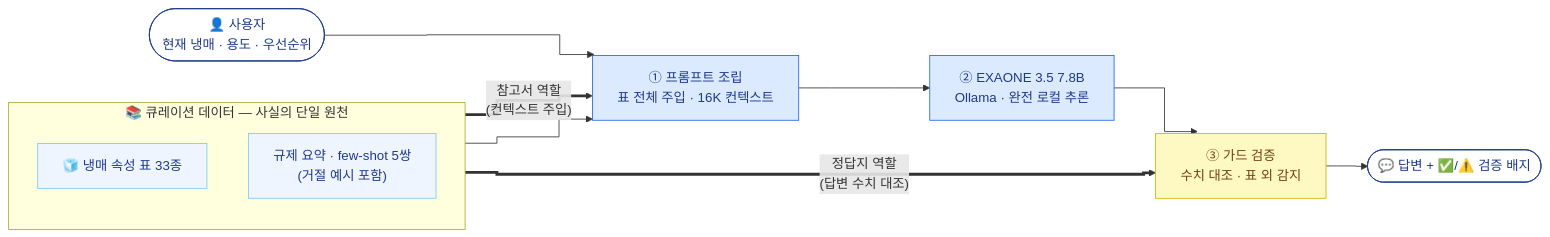
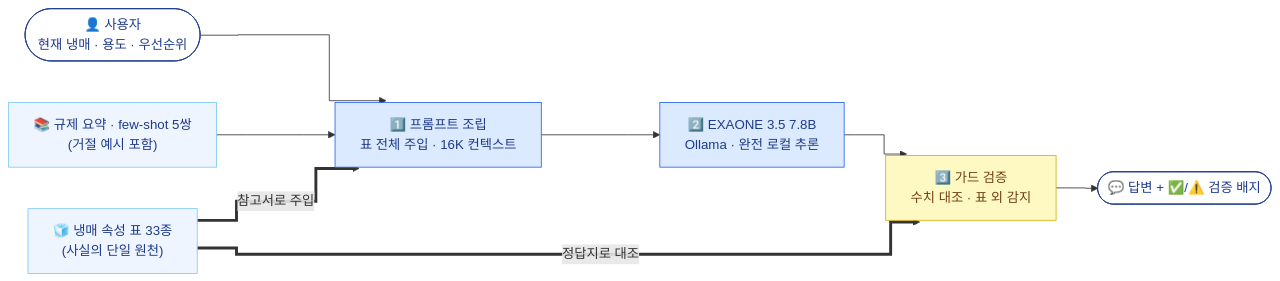
One commit to YeonSooKim526/R-NEXT changed the diagram in README.md. Above: the diagram before and after it, drawn with Mermaid. The commit also changed other lines of this file, not shown here.

Commit message:
아키텍처 다이어그램 검증·수정: 서브그래프 경계에 붙던 엣지 출발점 정리
로컬 mermaid 렌더링으로 실제 화면을 확인 — 냉매 표의 두 화살표가
서브그래프 테두리에서 출발하는 것처럼 보이던 문제를 노드 독립 배치로 해결

````diff
--- a/README.md
+++ b/README.md
@@ -39,27 +39,24 @@
 ```mermaid
 %%{init: {"flowchart": {"curve": "step"}}}%%
 flowchart LR
-    subgraph D["📚 큐레이션 데이터 — 사실의 단일 원천"]
-        direction TB
-        T["🧊 냉매 속성 표 33종"]
-        X["규제 요약 · few-shot 5쌍<br/>(거절 예시 포함)"]
-    end
+    U(["👤 사용자<br/>현재 냉매 · 용도 · 우선순위"])
+    X["📚 규제 요약 · few-shot 5쌍<br/>(거절 예시 포함)"]
+    T["🧊 냉매 속성 표 33종<br/>(사실의 단일 원천)"]
 
-    U(["👤 사용자<br/>현재 냉매 · 용도 · 우선순위"]) --> P
-    P["① 프롬프트 조립<br/>표 전체 주입 · 16K 컨텍스트"] --> M
-    M["② EXAONE 3.5 7.8B<br/>Ollama · 완전 로컬 추론"] --> G
-    G["③ 가드 검증<br/>수치 대조 · 표 외 감지"] --> A(["💬 답변 + ✅/⚠️ 검증 배지"])
-
-    T == "참고서 역할<br/>(컨텍스트 주입)" ==> P
+    U --> P
     X --> P
-    T == "정답지 역할<br/>(답변 수치 대조)" ==> G
+    T == "참고서로 주입" ==> P
+    P["1️⃣ 프롬프트 조립<br/>표 전체 주입 · 16K 컨텍스트"] --> M
+    M["2️⃣ EXAONE 3.5 7.8B<br/>Ollama · 완전 로컬 추론"] --> G
+    T == "정답지로 대조" ==> G
+    G["3️⃣ 가드 검증<br/>수치 대조 · 표 외 감지"] --> A(["💬 답변 + ✅/⚠️ 검증 배지"])
 
     classDef data fill:#eff5ff,stroke:#7cc8f5,color:#1e3a8a
     classDef infer fill:#dbeafe,stroke:#2563eb,color:#1e3a8a
     classDef verify fill:#fef9c3,stroke:#d4b106,color:#713f12
     classDef io fill:#ffffff,stroke:#1e3a8a,color:#1e3a8a
     class T,X data
     class P,M infer
     class G verify
     class U,A io
 ```
````
